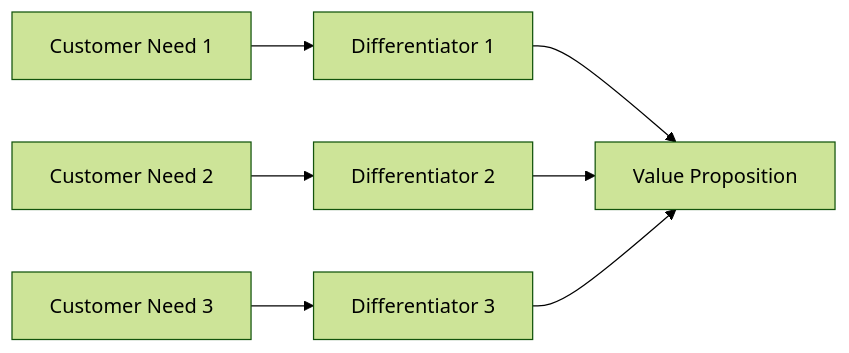
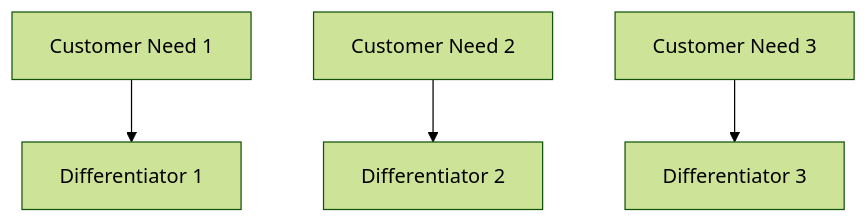
The third of 7 diagrams in Module 1_ Core Business Concept.md (fenago/VibeBusinessPlanning), drawn with Mermaid (forest theme) before and after one commit.

Commit message:
Simplify differentiator diagram for better GitHub compatibility

````diff
--- a/Module 1_ Core Business Concept.md
+++ b/Module 1_ Core Business Concept.md
@@ -136,9 +136,6 @@
 ```mermaid
-flowchart LR
+flowchart TD
     A[Customer Need 1] --> B[Differentiator 1]
     C[Customer Need 2] --> D[Differentiator 2]
     E[Customer Need 3] --> F[Differentiator 3]
-    B --> G[Value Proposition]
-    D --> G
-    F --> G
 ```
````
